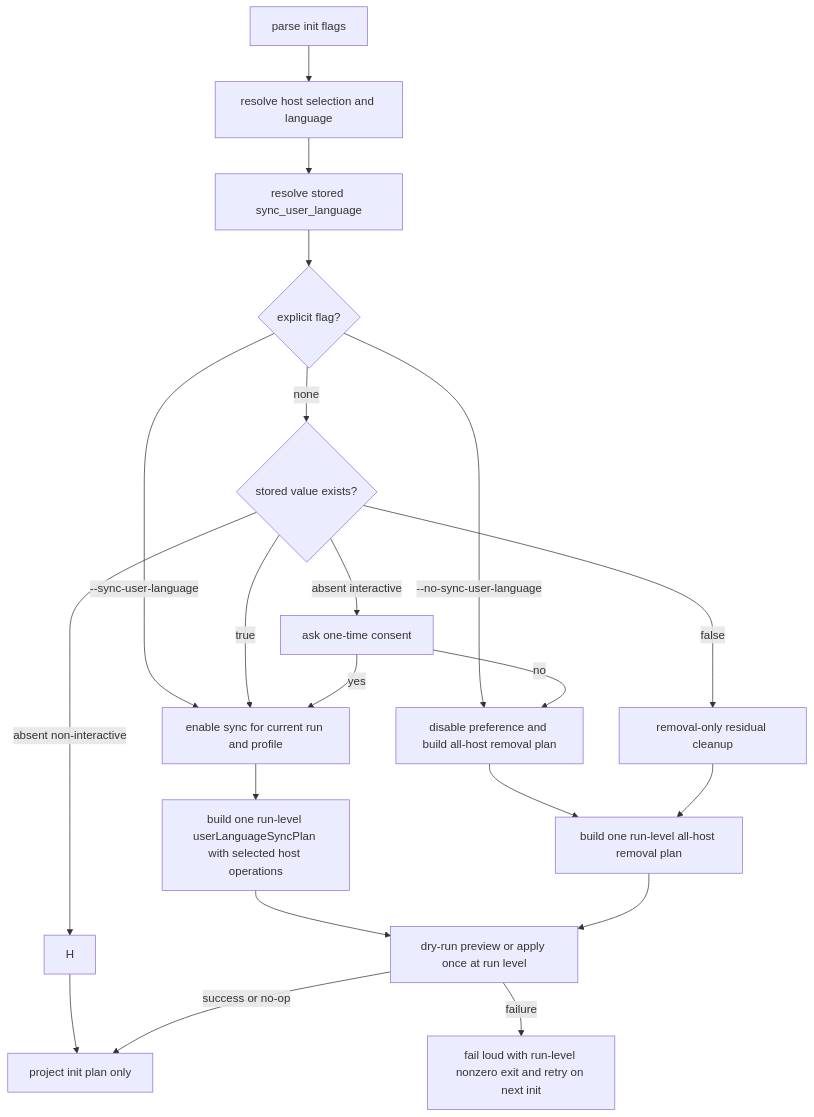
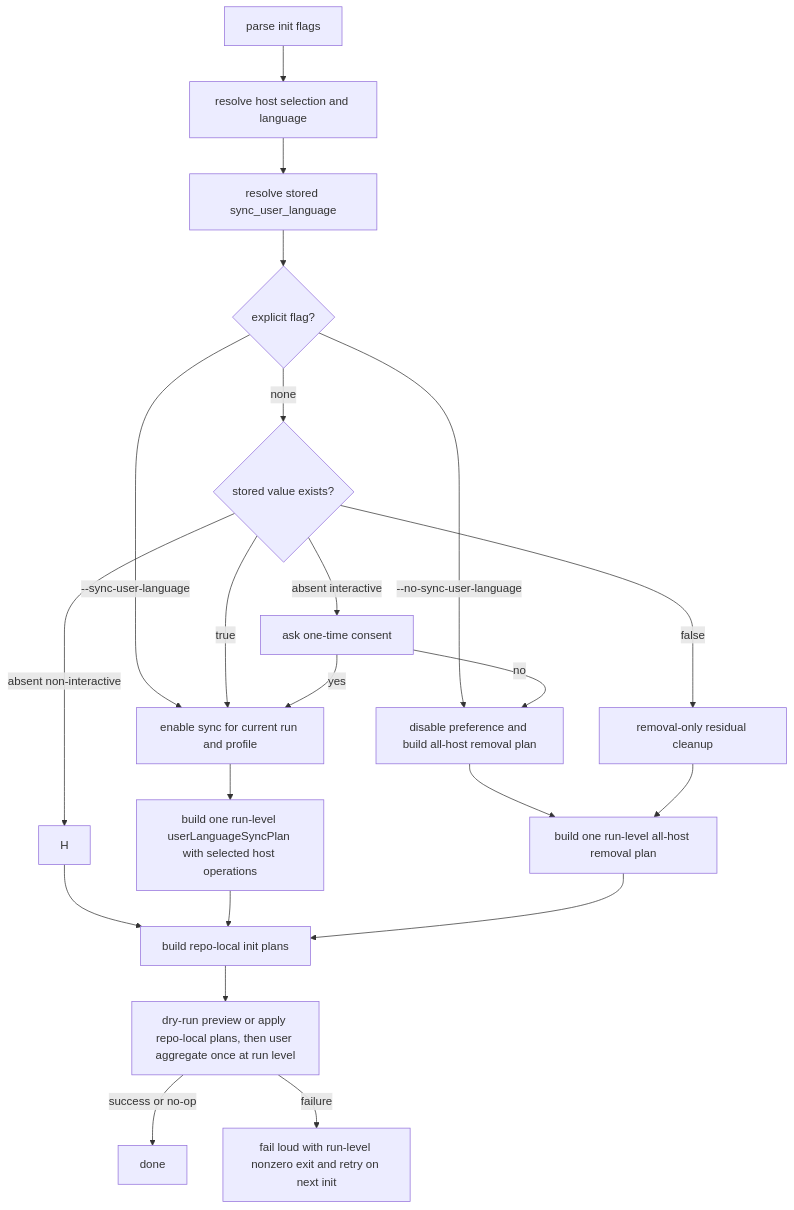
Before and after one commit to ajiao7240/spec-first: the diagram in docs/plans/2026-06-22-001-feat-user-language-sync-plan.md, drawn with Mermaid. The commit also changed other lines of this file and 23 other files, not shown here.

Commit message:
feat(init): sync user language preference

````diff
--- a/docs/plans/2026-06-22-001-feat-user-language-sync-plan.md
+++ b/docs/plans/2026-06-22-001-feat-user-language-sync-plan.md
@@ -204,23 +211,24 @@
 ```mermaid
 flowchart TB
   A[parse init flags] --> B[resolve host selection and language]
   B --> C[resolve stored sync_user_language]
   C --> D{explicit flag?}
   D -->|--sync-user-language| E[enable sync for current run and profile]
   D -->|--no-sync-user-language| F[disable preference and build all-host removal plan]
   D -->|none| G{stored value exists?}
   G -->|true| E
   G -->|false| R[removal-only residual cleanup]
   G -->|absent interactive| I[ask one-time consent]
   G -->|absent non-interactive| H
   I -->|yes| E
   I -->|no| F
   E --> J[build one run-level userLanguageSyncPlan with selected host operations]
-  H --> K[project init plan only]
+  H --> K[build repo-local init plans]
   F --> M[build one run-level all-host removal plan]
   R --> M
-  J --> L[dry-run preview or apply once at run level]
-  M --> L
-  L -->|success or no-op| K
+  J --> K
+  M --> K
+  K --> L[dry-run preview or apply repo-local plans, then user aggregate once at run level]
+  L -->|success or no-op| O[done]
   L -->|failure| N[fail loud with run-level nonzero exit and retry on next init]
 ```
````
